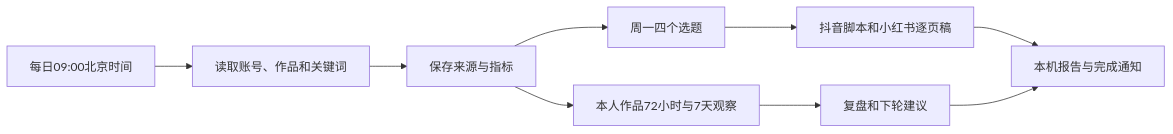
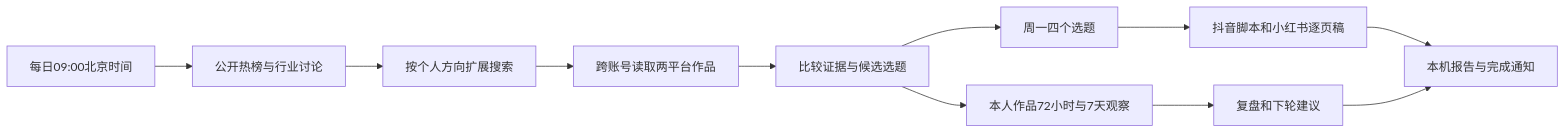
One commit to xiqianshu/title-every-week changed the diagram in README.md. Above: the diagram before and after it, drawn with Mermaid. The commit also changed other lines of this file and 27 other files, not shown here.

````diff
--- a/README.md
+++ b/README.md
@@ -22,11 +22,13 @@
 ```mermaid
 flowchart LR
-  A[每日09:00北京时间] --> B[读取账号、作品和关键词]
-  B --> C[保存来源与指标]
+  A[每日09:00北京时间] --> B[公开热榜与行业讨论]
+  B --> P[按个人方向扩展搜索]
+  P --> Q[跨账号读取两平台作品]
+  Q --> C[比较证据与候选选题]
   C --> D[周一四个选题]
   D --> E[抖音脚本和小红书逐页稿]
   C --> F[本人作品72小时与7天观察]
   F --> G[复盘和下轮建议]
   E --> H[本机报告与完成通知]
   G --> H
 ```
````
